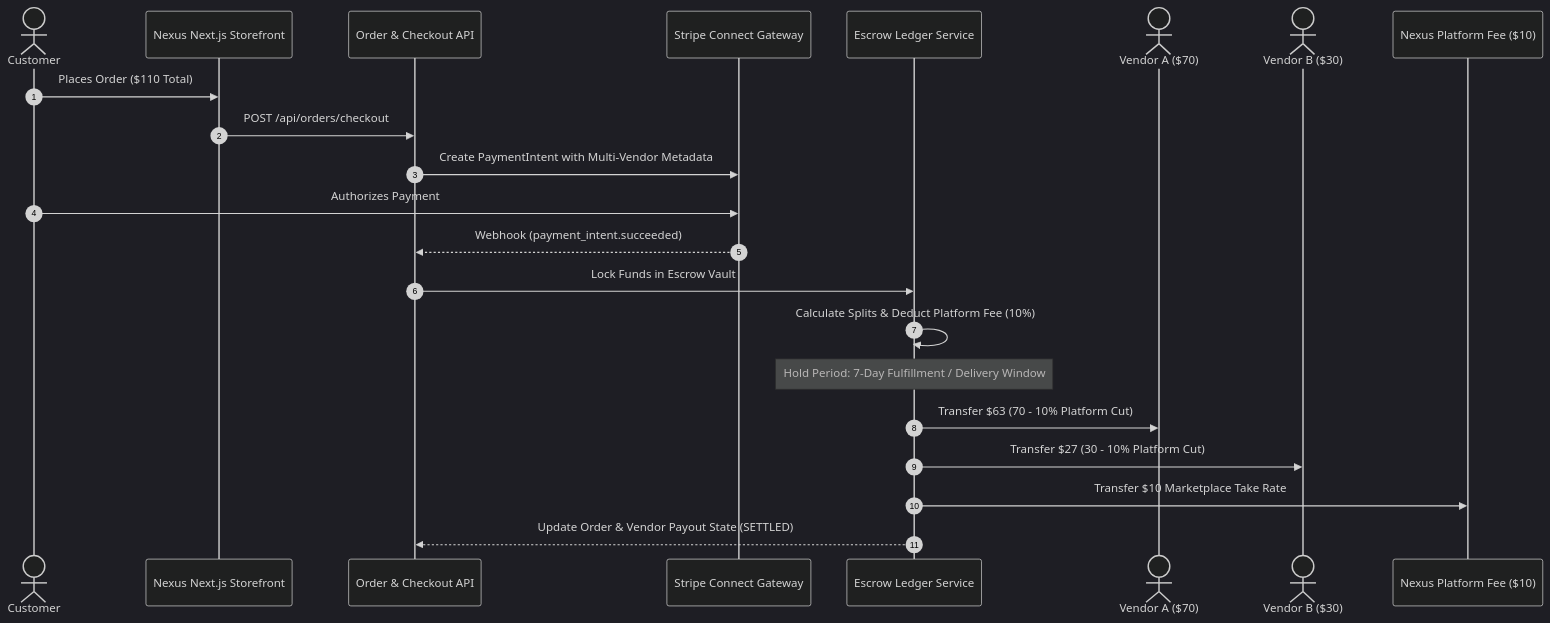
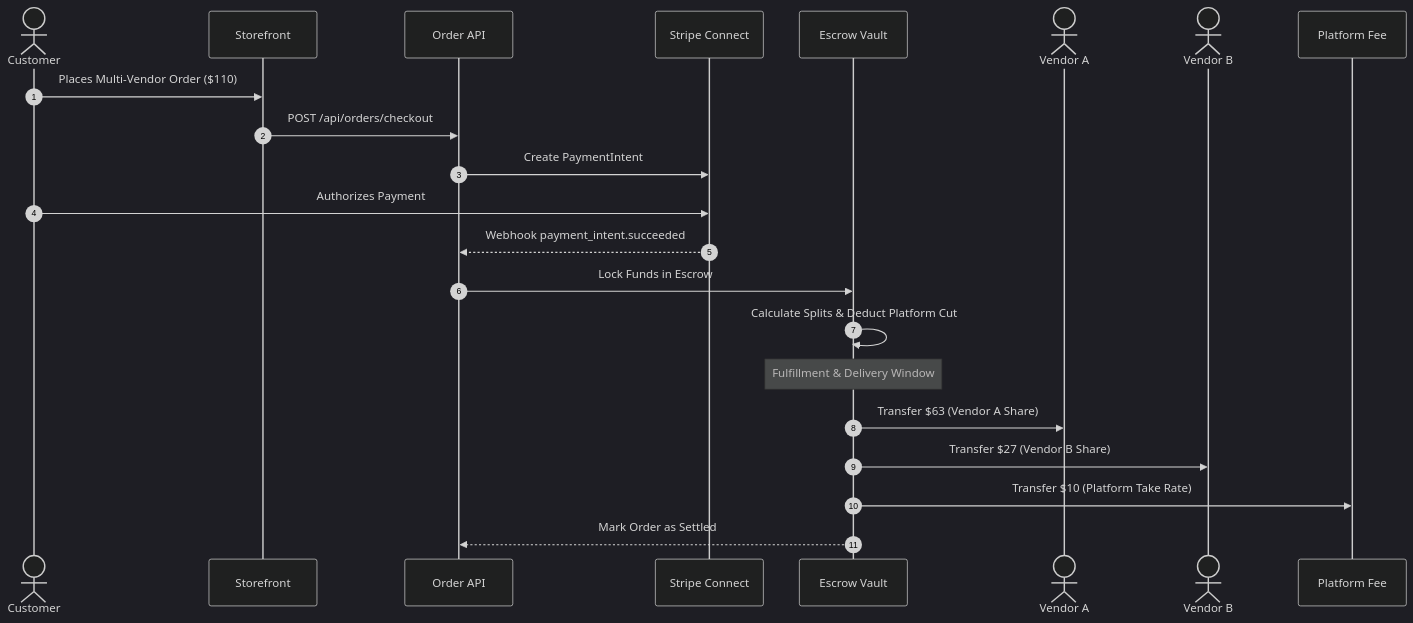
Before and after one commit to athil18/multi-vendor-ecommerce: the second of 2 diagrams in README.md, drawn with Mermaid (dark theme). The commit also changed other lines of this file and 14 other files, not shown here.

First line of the commit message:
docs: streamline README and isolate multi-vendor ecommerce codebase

````diff
--- a/README.md
+++ b/README.md
@@ -143,25 +96,25 @@
 ```mermaid
 sequenceDiagram
     autonumber
     actor Customer as Customer
-    participant Storefront as Nexus Next.js Storefront
-    participant API as Order & Checkout API
-    participant Stripe as Stripe Connect Gateway
-    participant Escrow as Escrow Ledger Service
-    actor VendorA as Vendor A ($70)
-    actor VendorB as Vendor B ($30)
-    participant Platform as Nexus Platform Fee ($10)
+    participant Storefront as Storefront
+    participant API as Order API
+    participant Stripe as Stripe Connect
+    participant Escrow as Escrow Vault
+    actor VendorA as Vendor A
+    actor VendorB as Vendor B
+    participant Platform as Platform Fee
 
-    Customer->>Storefront: Places Order ($110 Total)
+    Customer->>Storefront: Places Multi-Vendor Order ($110)
     Storefront->>API: POST /api/orders/checkout
-    API->>Stripe: Create PaymentIntent with Multi-Vendor Metadata
+    API->>Stripe: Create PaymentIntent
     Customer->>Stripe: Authorizes Payment
-    Stripe-->>API: Webhook (payment_intent.succeeded)
-    API->>Escrow: Lock Funds in Escrow Vault
-    Escrow->>Escrow: Calculate Splits & Deduct Platform Fee (10%)
-    Note over Escrow: Hold Period: 7-Day Fulfillment / Delivery Window
-    Escrow->>VendorA: Transfer $63 (70 - 10% Platform Cut)
-    Escrow->>VendorB: Transfer $27 (30 - 10% Platform Cut)
-    Escrow->>Platform: Transfer $10 Marketplace Take Rate
-    Escrow-->>API: Update Order & Vendor Payout State (SETTLED)
+    Stripe-->>API: Webhook payment_intent.succeeded
+    API->>Escrow: Lock Funds in Escrow
+    Escrow->>Escrow: Calculate Splits & Deduct Platform Cut
+    Note over Escrow: Fulfillment & Delivery Window
+    Escrow->>VendorA: Transfer $63 (Vendor A Share)
+    Escrow->>VendorB: Transfer $27 (Vendor B Share)
+    Escrow->>Platform: Transfer $10 (Platform Take Rate)
+    Escrow-->>API: Mark Order as Settled
 ```
````
